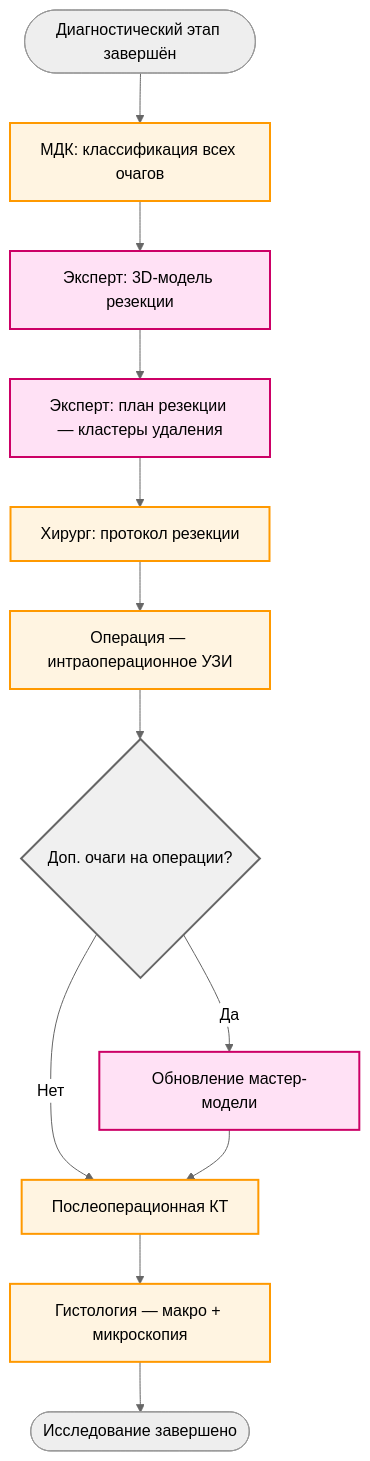
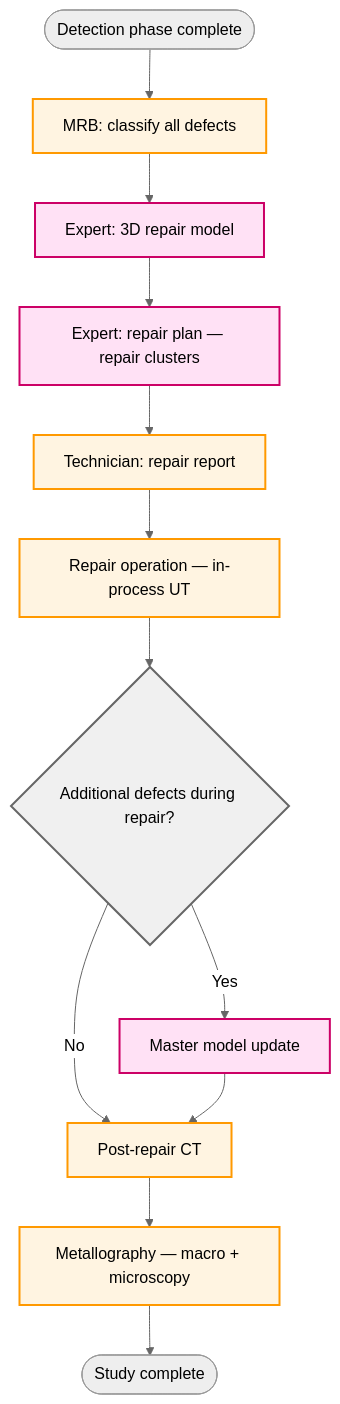
The second of 2 diagrams in examples/demo/docs/workflow_diagram.md (radionest/clarinet), drawn with Mermaid (neutral theme) before and after one commit. The commit also changed other lines of this file and 86 other files, not shown here.

````diff
--- a/examples/demo/docs/workflow_diagram.md
+++ b/examples/demo/docs/workflow_diagram.md
@@ -56,27 +56,27 @@
 ```mermaid
 flowchart TD
-    DiagComplete([Диагностический этап завершён]) --> MDK[МДК: классификация всех очагов]
-    MDK --> ResModel[Эксперт: 3D-модель резекции]
-    ResModel --> ResPlan[Эксперт: план резекции — кластеры удаления]
-    ResPlan --> ResReport[Хирург: протокол резекции]
-    ResReport --> Surgery[Операция — интраоперационное УЗИ]
+    DiagComplete([Detection phase complete]) --> MRB[MRB: classify all defects]
+    MRB --> RepairModel[Expert: 3D repair model]
+    RepairModel --> RepairPlan[Expert: repair plan — repair clusters]
+    RepairPlan --> RepairReport[Technician: repair report]
+    RepairReport --> Repair[Repair operation — in-process UT]
 
-    Surgery --> SurgResult{Доп. очаги на операции?}
-    SurgResult -->|Да| UpdateMM[Обновление мастер-модели]
-    SurgResult -->|Нет| PostOp
+    Repair --> RepairResult{Additional defects during repair?}
+    RepairResult -->|Yes| UpdateMM[Master model update]
+    RepairResult -->|No| PostRepair
 
-    UpdateMM --> PostOp[Послеоперационная КТ]
-    PostOp --> Histo[Гистология — макро + микроскопия]
-    Histo --> Complete([Исследование завершено])
+    UpdateMM --> PostRepair[Post-repair CT]
+    PostRepair --> Metallo[Metallography — macro + microscopy]
+    Metallo --> Complete([Study complete])
 
-    %% Стили
+    %% Styles
     classDef automatic fill:#e1f5ff,stroke:#0066cc,stroke-width:2px
     classDef manual fill:#fff4e1,stroke:#ff9900,stroke-width:2px
     classDef expert fill:#ffe1f5,stroke:#cc0066,stroke-width:2px
     classDef decision fill:#f0f0f0,stroke:#666,stroke-width:2px
 
-    class MDK,Surgery,PostOp,Histo manual
-    class ResModel,ResPlan,UpdateMM expert
-    class ResReport manual
-    class SurgResult decision
+    class MRB,Repair,PostRepair,Metallo manual
+    class RepairModel,RepairPlan,UpdateMM expert
+    class RepairReport manual
+    class RepairResult decision
 ```
````
